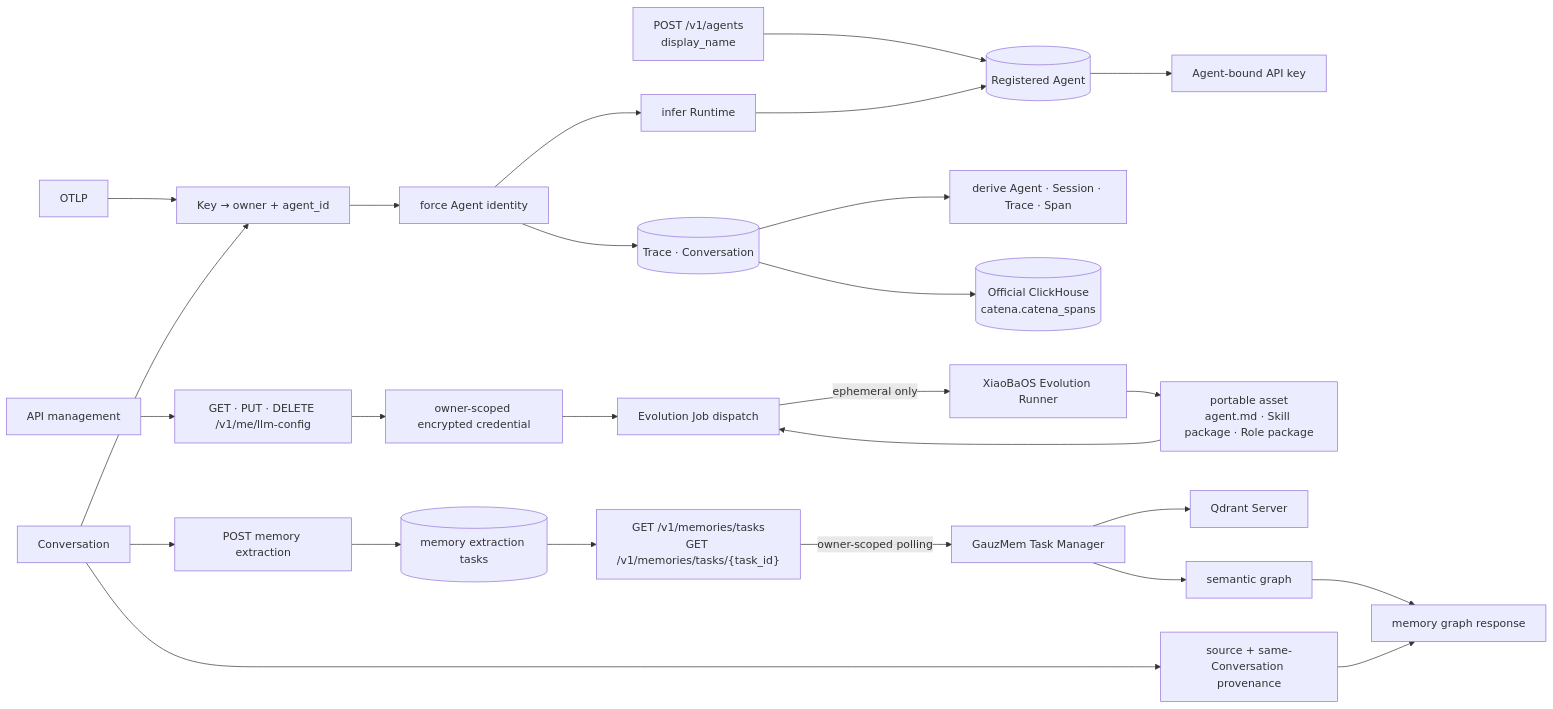
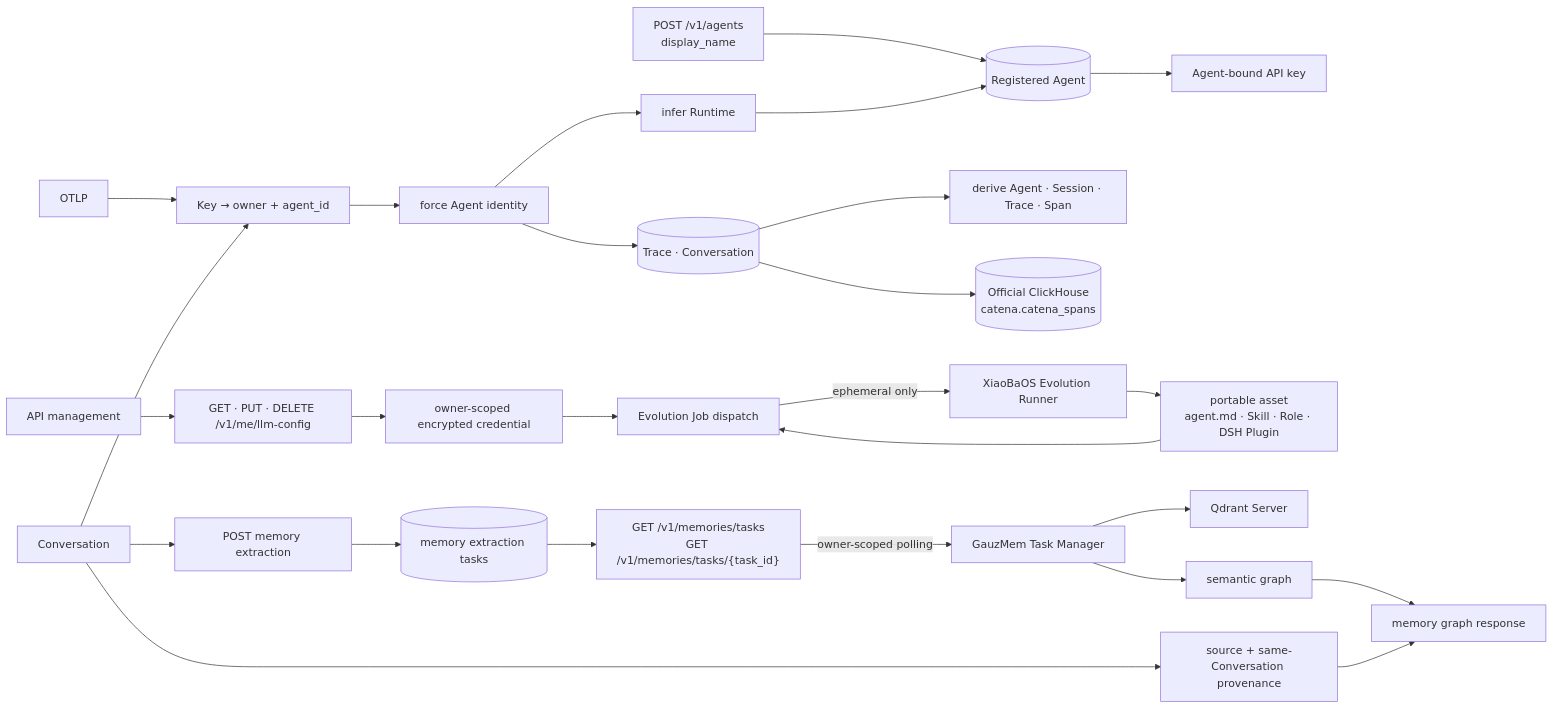
The second of 2 diagrams in control-plane/SPEC.md (fightheyyy/CATENA), drawn with Mermaid before and after one commit. The commit also changed other lines of this file and 17 other files, not shown here.

````diff
--- a/control-plane/SPEC.md
+++ b/control-plane/SPEC.md
@@ -46,28 +46,28 @@
 ```mermaid
 flowchart LR
     Create["POST /v1/agents<br/>display_name"] --> Registry[("Registered Agent")]
     Registry --> Key["Agent-bound API key"]
     OTLP["OTLP"] --> Auth["Key → owner + agent_id"]
     Conversation["Conversation"] --> Auth
     Auth --> Normalize["force Agent identity"]
     Normalize --> Detect["infer Runtime"]
     Normalize --> Evidence[("Trace · Conversation")]
     Evidence --> Hierarchy["derive Agent · Session · Trace · Span"]
     Evidence --> CH[("Official ClickHouse<br/>catena.catena_spans")]
     Detect --> Registry
     Web["API management"] --> ModelAPI["GET · PUT · DELETE /v1/me/llm-config"]
     ModelAPI --> Encrypted["owner-scoped encrypted credential"]
     Encrypted --> Job["Evolution Job dispatch"]
     Job -->|"ephemeral only"| Runner["XiaoBaOS Evolution Runner"]
-    Runner --> Candidate["portable asset<br/>agent.md · Skill package · Role package"]
+    Runner --> Candidate["portable asset<br/>agent.md · Skill · Role · DSH Plugin"]
     Candidate --> Job
     Conversation --> MemorySubmit["POST memory extraction"]
     MemorySubmit --> Ledger[("memory extraction tasks")]
     Ledger --> MemoryTask["GET /v1/memories/tasks<br/>GET /v1/memories/tasks/{task_id}"]
     MemoryTask -->|"owner-scoped polling"| GauzMem["GauzMem Task Manager"]
     GauzMem --> Vector["Qdrant Server"]
     GauzMem --> Semantic["semantic graph"]
     Conversation --> Provenance["source + same-Conversation provenance"]
     Semantic --> Graph["memory graph response"]
     Provenance --> Graph
 ```
````
